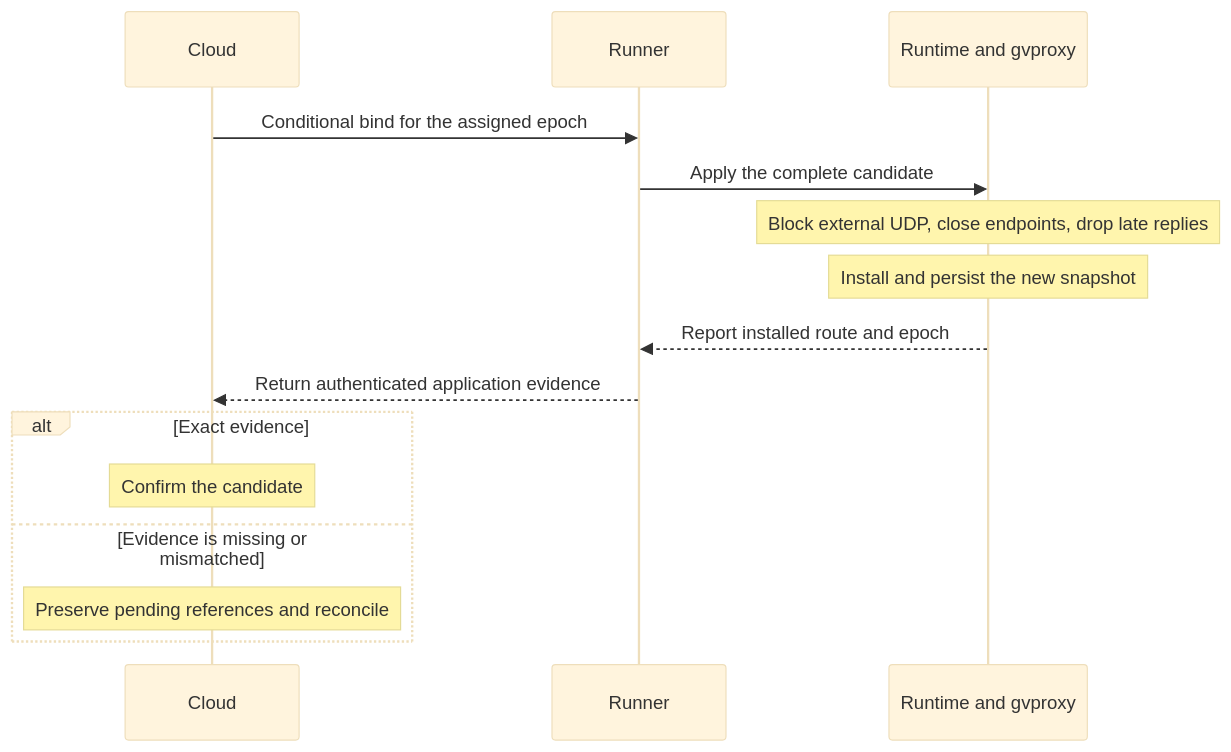
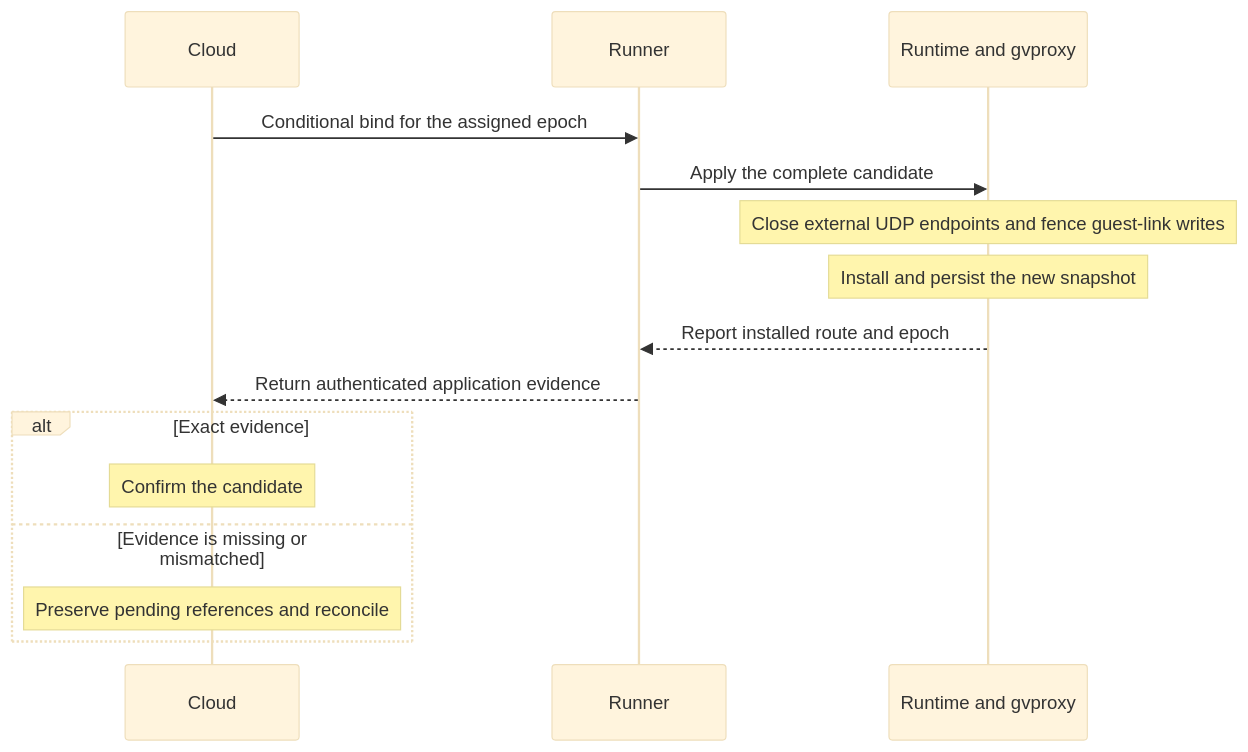
The third of 3 diagrams in docs/contributing/architecture/outbound-proxy-contract.md (boxlite-ai/boxlite), drawn with Mermaid (base theme) before and after one commit. The commit also changed other lines of this file and 38 other files, not shown here.

````diff
--- a/docs/contributing/architecture/outbound-proxy-contract.md
+++ b/docs/contributing/architecture/outbound-proxy-contract.md
@@ -171,17 +201,17 @@
 ```mermaid
 sequenceDiagram
     participant Cloud
     participant Runner
     participant Host as Runtime and gvproxy
     Cloud->>Runner: Conditional bind for the assigned epoch
     Runner->>Host: Apply the complete candidate
-    Note over Host: Block external UDP, close endpoints, drop late replies
+    Note over Host: Close external UDP endpoints and fence guest-link writes
     Note over Host: Install and persist the new snapshot
     Host-->>Runner: Report installed route and epoch
     Runner-->>Cloud: Return authenticated application evidence
     alt Exact evidence
         Note over Cloud: Confirm the candidate
     else Evidence is missing or mismatched
         Note over Cloud: Preserve pending references and reconcile
     end
 ```
````
